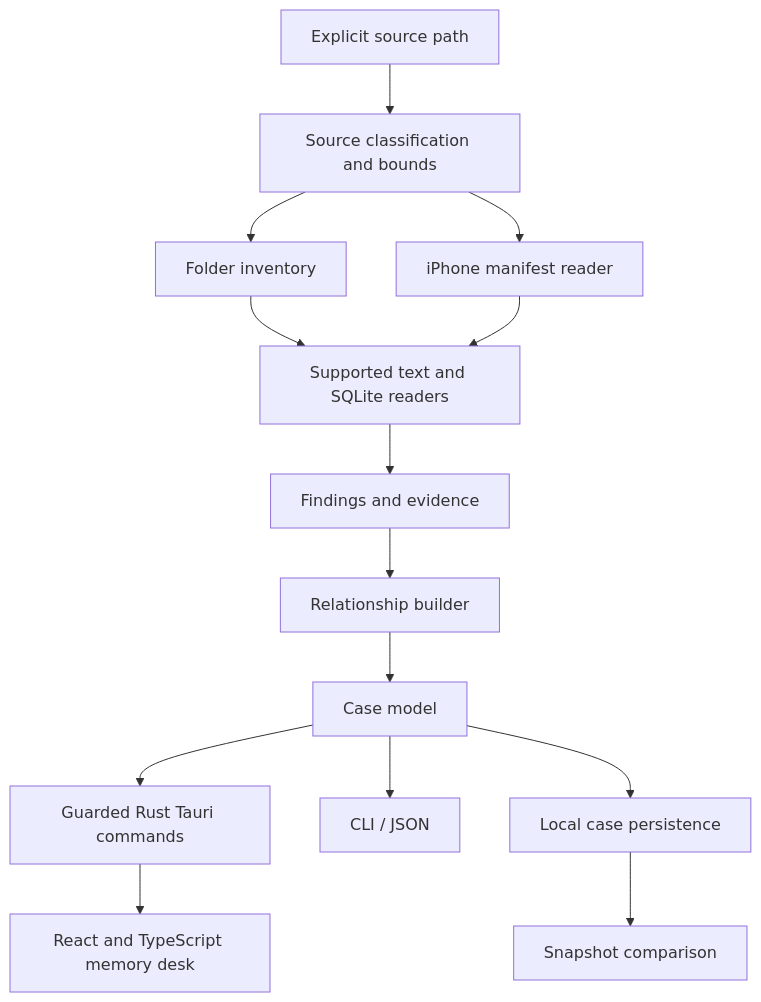
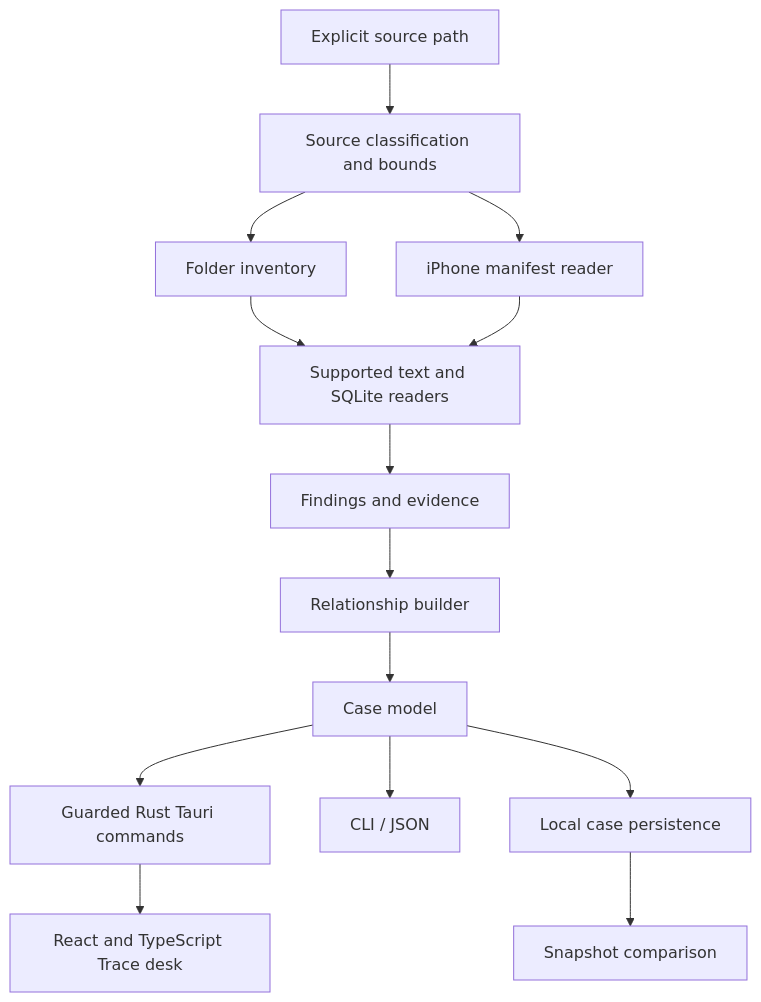
One commit to Forem0/ENGRAM changed the diagram in docs/ARCHITECTURE.md. Above: the diagram before and after it, drawn with Mermaid. The commit also changed other lines of this file and 29 other files, not shown here.

````diff
--- a/docs/ARCHITECTURE.md
+++ b/docs/ARCHITECTURE.md
@@ -5,16 +5,16 @@
 ```mermaid
 flowchart TD
     F[Explicit source path] --> S[Source classification and bounds]
     S --> D[Folder inventory]
     S --> B[iPhone manifest reader]
     D --> R[Supported text and SQLite readers]
     B --> R
     R --> E[Findings and evidence]
     E --> L[Relationship builder]
     L --> C[Case model]
     C --> N[Guarded Rust Tauri commands]
-    N --> G[React and TypeScript memory desk]
+    N --> G[React and TypeScript Trace desk]
     C --> T[CLI / JSON]
     C --> P[Local case persistence]
     P --> V[Snapshot comparison]
 ```
````
